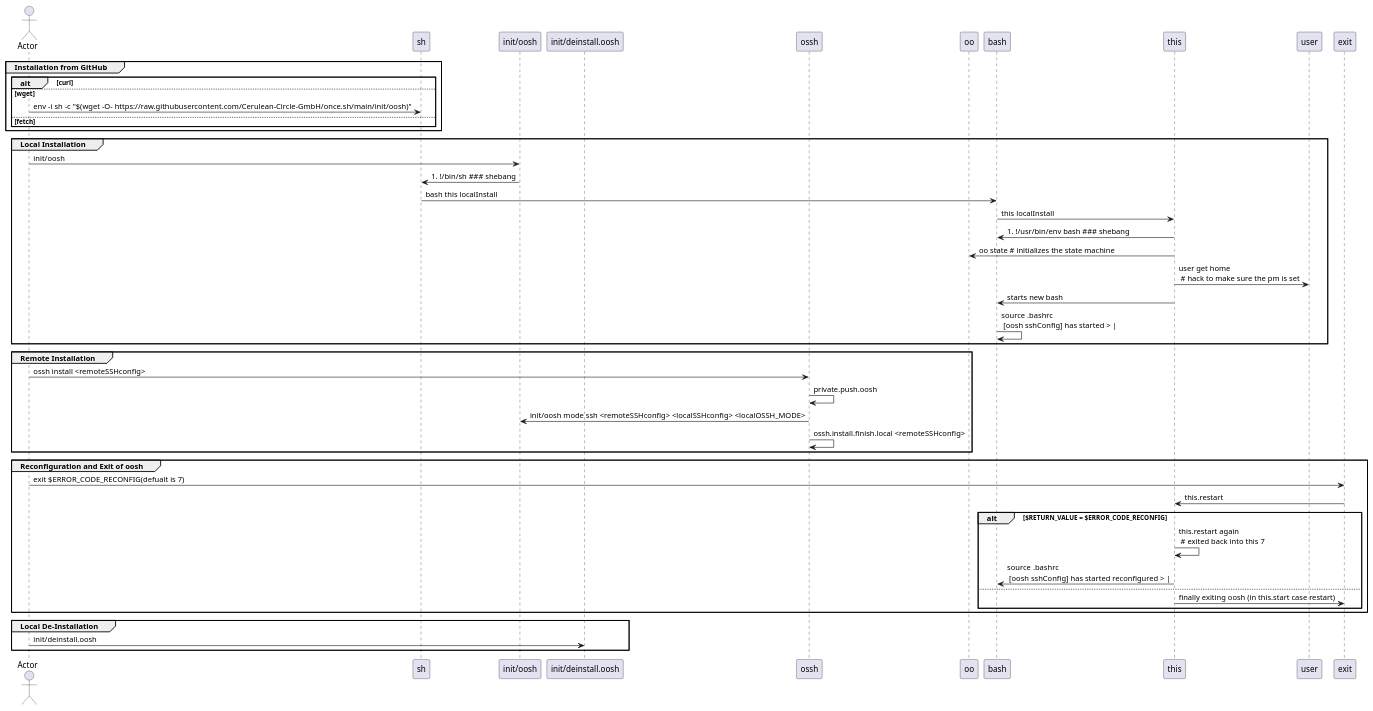
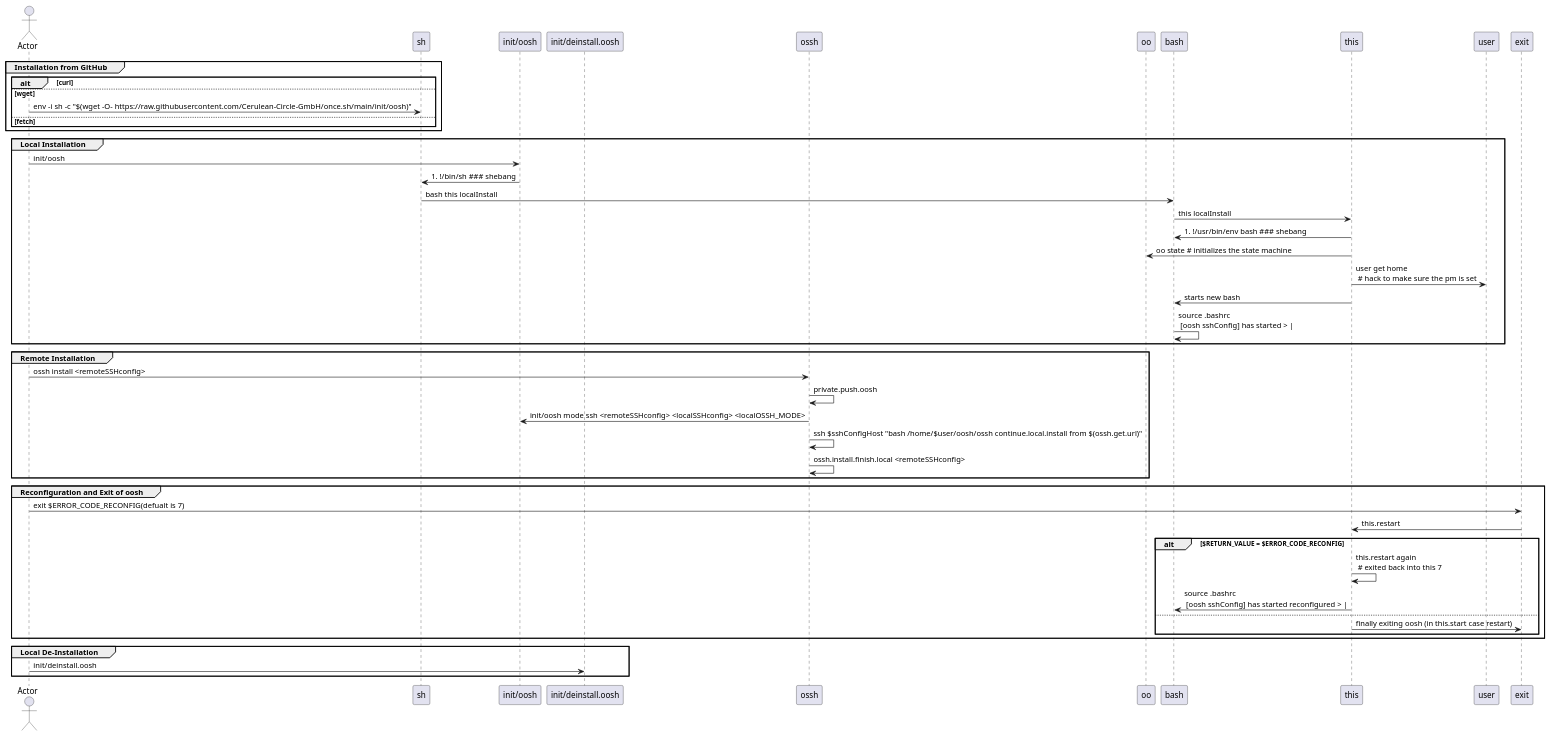
Before and after one commit to Cerulean-Circle-GmbH/once.sh: the diagram in docs/puml/bootsratp.sequence.puml, drawn with PlantUML. The commit also changed 2 other files, not shown here.

```diff
--- a/docs/puml/bootsratp.sequence.puml
+++ b/docs/puml/bootsratp.sequence.puml
@@ -1,50 +1,51 @@
 @startuml
 actor Actor as a
 participant sh
 participant "init/oosh" as oosh 
 participant "init/deinstall.oosh" as deinstall.oosh 
 participant ossh
 participant oo
 participant bash
 participant this
 
 group Installation from GitHub
     alt curl
     else wget
         a -> sh: env -i sh -c "$(wget -O- https://raw.githubusercontent.com/Cerulean-Circle-GmbH/once.sh/main/init/oosh)"
     else fetch
     end
 end
 group Local Installation
     a -> oosh: init/oosh
     oosh -> sh: #!/bin/sh ### shebang
     sh -> bash: bash this localInstall
     bash -> this: this localInstall
     this -> bash: #!/usr/bin/env bash ### shebang
     this -> oo: oo state # initializes the state machine
     this -> user: user get home \n # hack to make sure the pm is set
     this -> bash: starts new bash
     bash -> bash: source .bashrc \n [oosh sshConfig] has started > |
 end
 group Remote Installation
 
     a -> ossh: ossh install <remoteSSHconfig> 
 
     ossh -> ossh: private.push.oosh
     ossh -> oosh: init/oosh mode ssh <remoteSSHconfig> <localSSHconfig> <localOSSH_MODE>
+    ossh -> ossh: ssh $sshConfigHost "bash /home/$user/oosh/ossh continue.local.install from $(ossh.get.url)"
     ossh -> ossh: ossh.install.finish.local <remoteSSHconfig>
 end
 group Reconfiguration and Exit of oosh
     a -> exit: exit $ERROR_CODE_RECONFIG(defualt is 7)
     exit -> this: this.restart
     alt $RETURN_VALUE = $ERROR_CODE_RECONFIG
         this -> this: this.restart again \n # exited back into this 7
         this -> bash: source .bashrc \n [oosh sshConfig] has started reconfigured > |
     else
         this -> exit: finally exiting oosh (in this.start case restart)
     end
 end
 group Local De-Installation
     a -> deinstall.oosh: init/deinstall.oosh
 end
 @enduml
```
